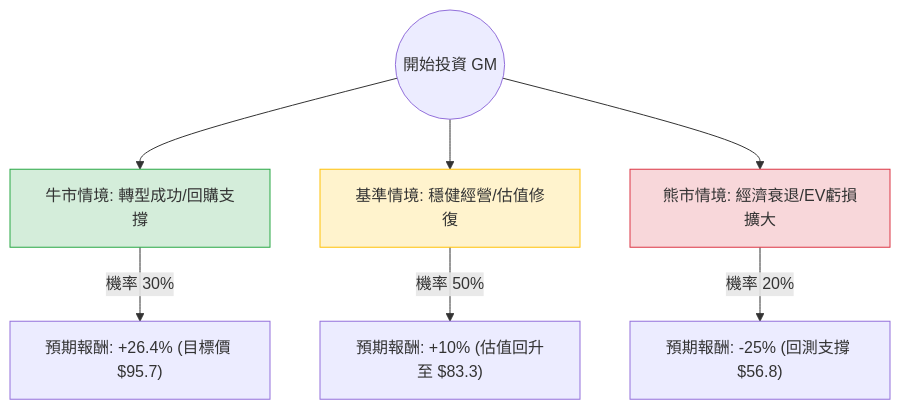
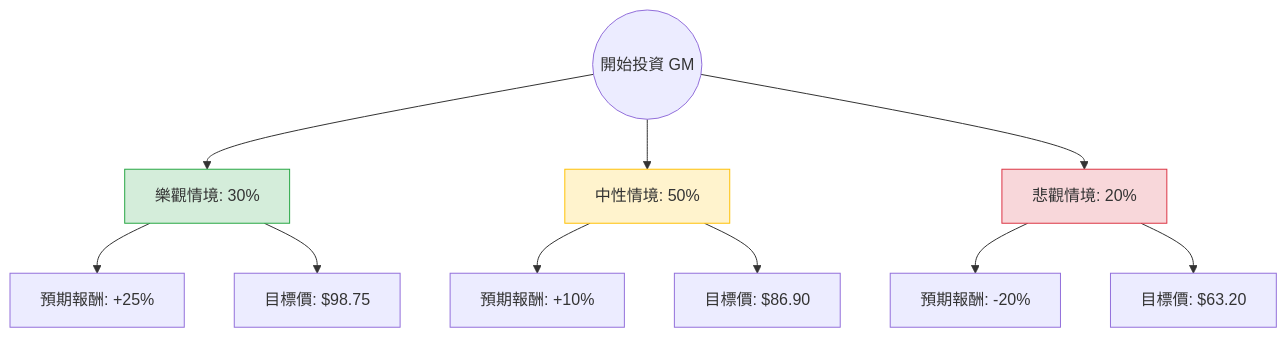
One commit to zmcx16/zmcx16.github.io changed the diagram in plugin-react/ai-analysis/ev-analysis/GM.md. Above: the diagram before and after it, drawn with Mermaid. The commit also changed other lines of this file and 63 other files, not shown here.

````diff
--- a/plugin-react/ai-analysis/ev-analysis/GM.md
+++ b/plugin-react/ai-analysis/ev-analysis/GM.md
@@ -21,14 +20,19 @@
 ```mermaid
 graph TD
-    Start((開始投資 GM)) --> Bull[牛市情境: 轉型成功/回購支撐]
-    Start --> Base[基準情境: 穩健經營/估值修復]
-    Start --> Bear[熊市情境: 經濟衰退/EV虧損擴大]
+    Start((開始投資 GM)) --> Bull[樂觀情境: 30%]
+    Start --> Base[中性情境: 50%]
+    Start --> Bear[悲觀情境: 20%]
 
-    Bull -- "機率 30%" --> BullVal["預期報酬: +26.4% (目標價 $95.7)"]
-    Base -- "機率 50%" --> BaseVal["預期報酬: +10% (估值回升至 $83.3)"]
-    Bear -- "機率 20%" --> BearVal["預期報酬: -25% (回測支撐 $56.8)"]
+    Bull --> Bull_EV[預期報酬: +25%]
+    Bull --> Bull_Val[目標價: $98.75]
+
+    Base --> Base_EV[預期報酬: +10%]
+    Base --> Base_Val[目標價: $86.90]
+
+    Bear --> Bear_EV[預期報酬: -20%]
+    Bear --> Bear_Val[目標價: $63.20]
 
     style Bull fill:#d4edda,stroke:#28a745
     style Base fill:#fff3cd,stroke:#ffc107
     style Bear fill:#f8d7da,stroke:#dc3545
 ```
````
